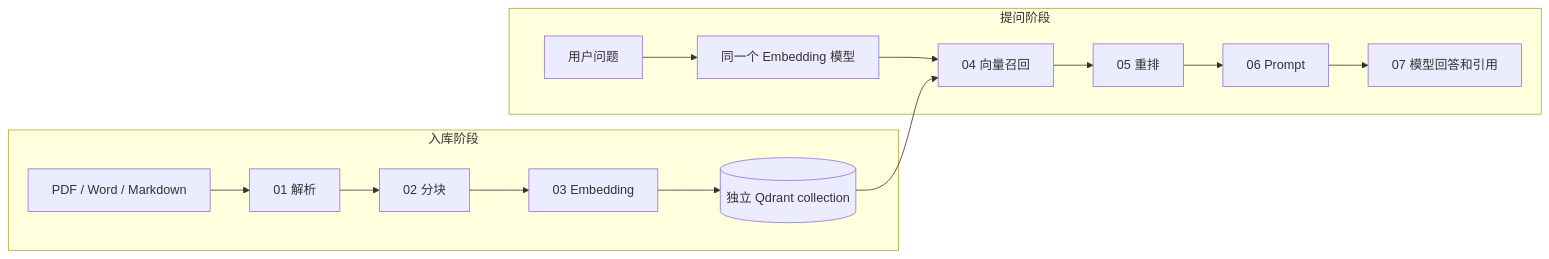
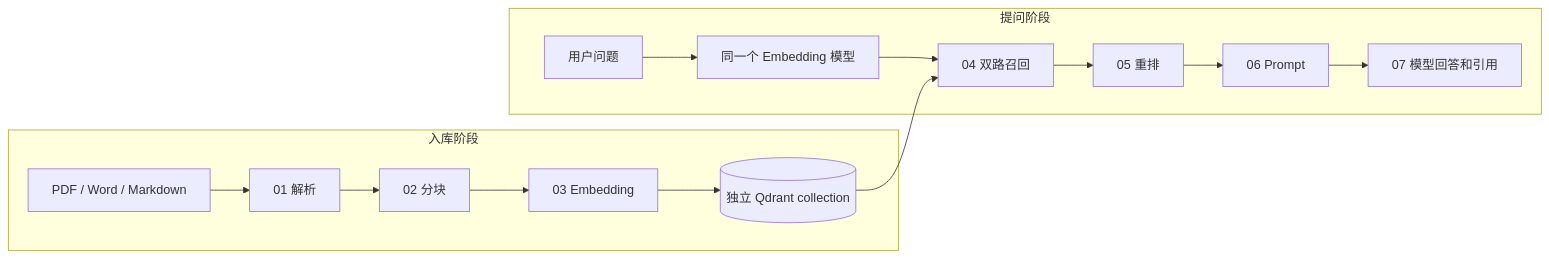
One commit to LiviMava/924 changed the diagram in tutorial/README.md. Above: the diagram before and after it, drawn with Mermaid. The commit also changed other lines of this file and 10 other files, not shown here.

````diff
--- a/tutorial/README.md
+++ b/tutorial/README.md
@@ -23,17 +23,17 @@
 ```mermaid
 flowchart LR
     subgraph 入库阶段
       D[PDF / Word / Markdown] --> P[01 解析]
       P --> C[02 分块]
       C --> E[03 Embedding]
       E --> V[(独立 Qdrant collection)]
     end
     subgraph 提问阶段
       Q[用户问题] --> QE[同一个 Embedding 模型]
-      QE --> R[04 向量召回]
+      QE --> R[04 双路召回]
       V --> R
       R --> RR[05 重排]
       RR --> PR[06 Prompt]
       PR --> L[07 模型回答和引用]
     end
 ```
````
